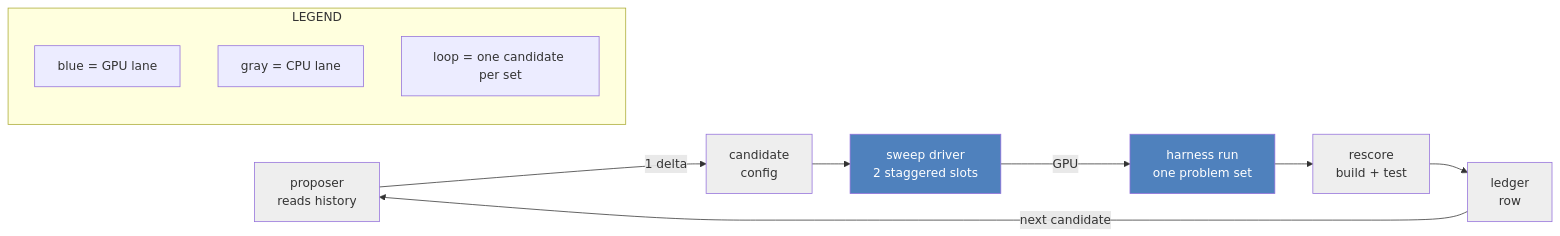
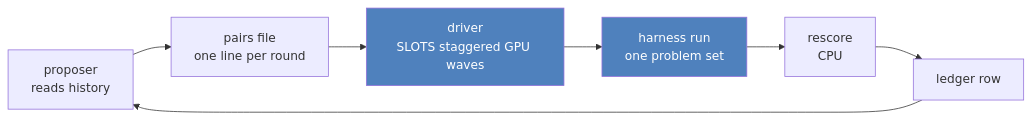
Before and after one commit to NTDuck/ARCMiS: the third of 6 diagrams in docs/slides/slides.md, drawn with Mermaid. The commit also changed other lines of this file and 235 other files, not shown here.

````diff
--- a/docs/slides/slides.md
+++ b/docs/slides/slides.md
@@ -515,18 +400,11 @@
 ```mermaid
 flowchart LR
-  P["proposer<br/>reads history"] -->|"1 delta"| CC["candidate<br/>config"]
-  CC --> DR["sweep driver<br/>2 staggered slots"]
-  DR -->|"GPU"| HR["harness run<br/>one problem set"]
-  HR --> SC["rescore<br/>build + test"]
-  SC --> LG["ledger<br/>row"]
-  LG -->|"next candidate"| P
-  subgraph LEGEND["LEGEND"]
-    G1x["blue = GPU lane"]
-    G2x["gray = CPU lane"]
-    G3x["loop = one candidate per set"]
-  end
+  P["proposer<br/>reads history"] --> PA["pairs file<br/>one line per round"]
+  PA --> DR["driver<br/>SLOTS staggered GPU waves"]
+  DR --> H["harness run<br/>one problem set"]
+  H --> R["rescore<br/>CPU"]
+  R --> L["ledger row"]
+  L --> P
   classDef gpu fill:#4F81BD,color:#fff
-  classDef cpu fill:#eeeeee
-  class DR,HR gpu
-  class P,CC,SC,LG cpu
+  class DR,H gpu
 ```
````
